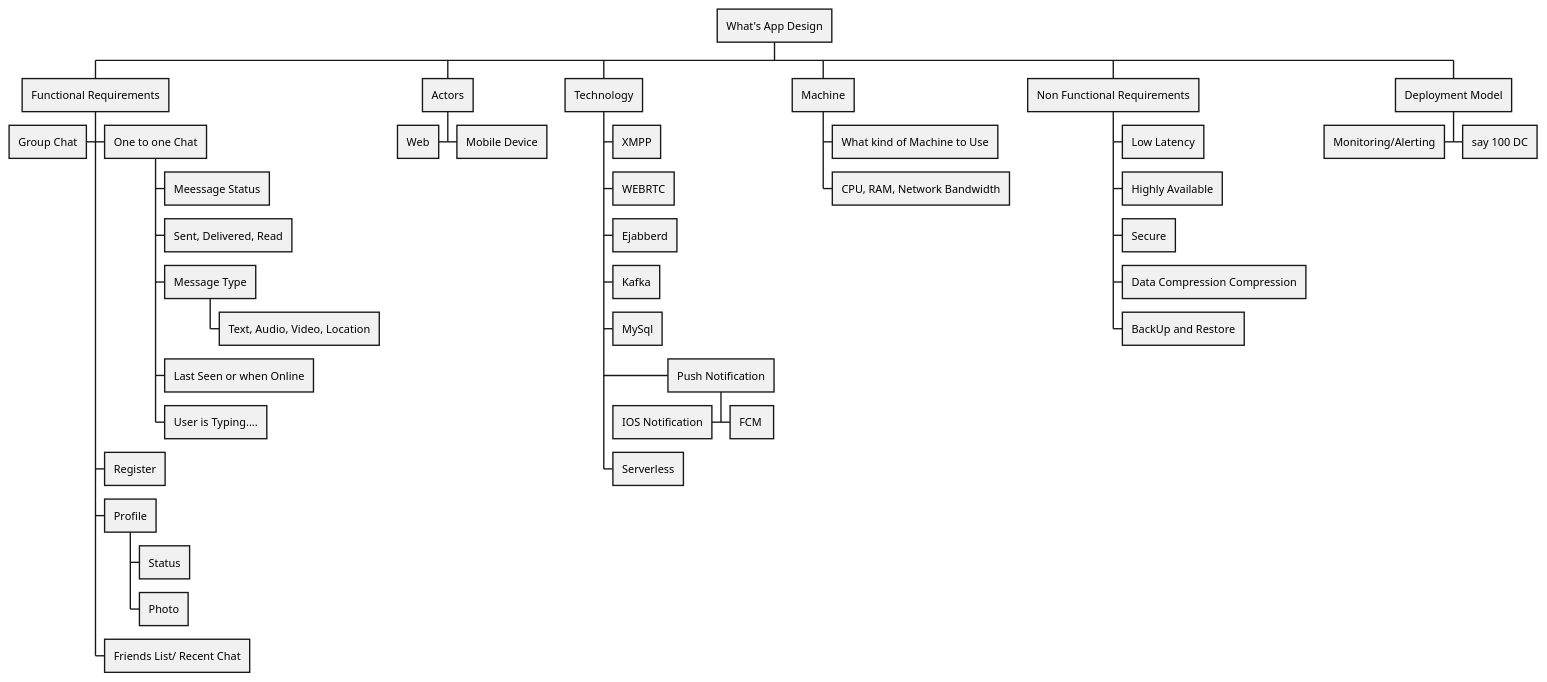
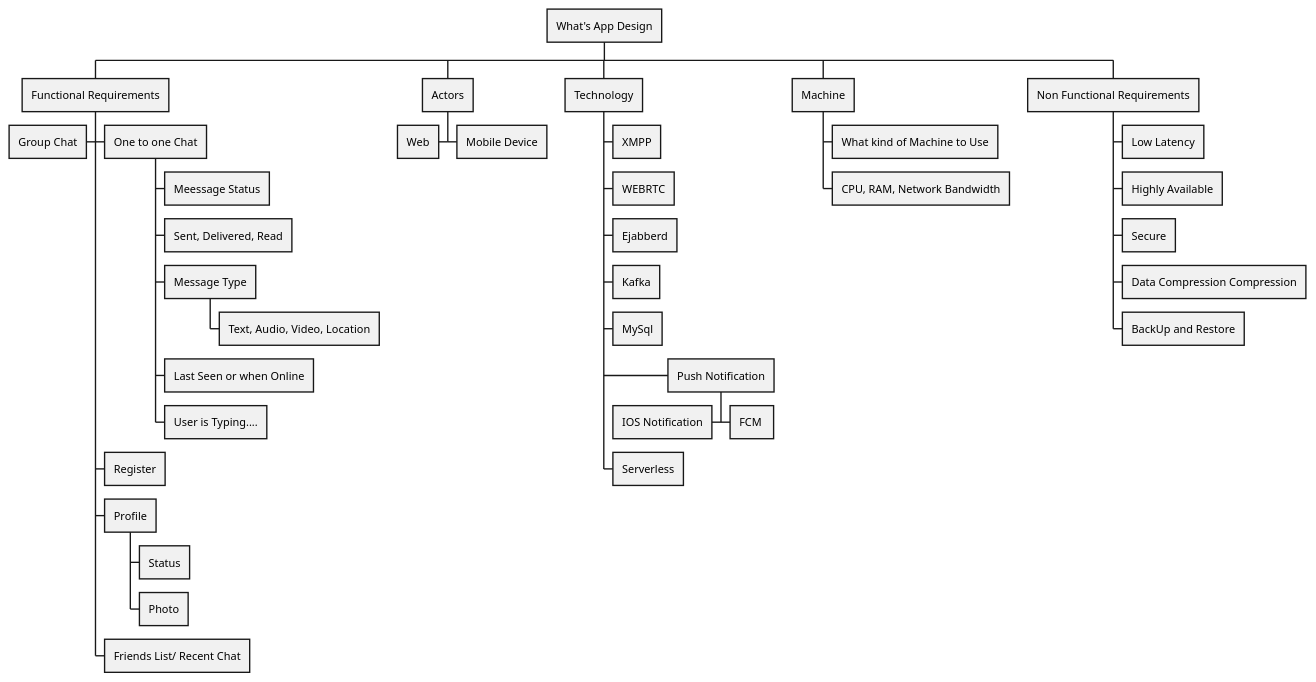
One commit to santojos/Distributed-Systems changed the diagram in Design/Instant-Messaging/requirements.iuml. Above: the diagram before and after it, drawn with PlantUML.

```diff
--- a/Design/Instant-Messaging/requirements.iuml
+++ b/Design/Instant-Messaging/requirements.iuml
@@ -1,53 +1,49 @@
 @startwbs
 'https://plantuml.com/wbs-diagram
 
 * What's App Design
 ** Functional Requirements
 *** One to one Chat
 **** Meessage Status
 **** Sent, Delivered, Read
 **** Message Type
 ***** Text, Audio, Video, Location
 **** Last Seen or when Online
 **** User is Typing....
 --- Group Chat
 *** Register
 *** Profile
 **** Status
 **** Photo
 *** Friends List/ Recent Chat
 
 
 
 ** Actors
 *** Mobile Device
 --- Web
 
 ** Technology
 *** XMPP
 *** WEBRTC
 *** Ejabberd
 *** Kafka
 *** MySql
 *** Push Notification
 **** FCM 
 ---- IOS Notification
 *** Serverless
 
 ** Machine
 *** What kind of Machine to Use
 *** CPU, RAM, Network Bandwidth
 
 ** Non Functional Requirements
 *** Low Latency
 *** Highly Available
 *** Secure
 *** Data Compression Compression
 *** BackUp and Restore
 
 
-** Deployment Model
-*** say 100 DC
---- Monitoring/Alerting
-
 @endwbs
```
